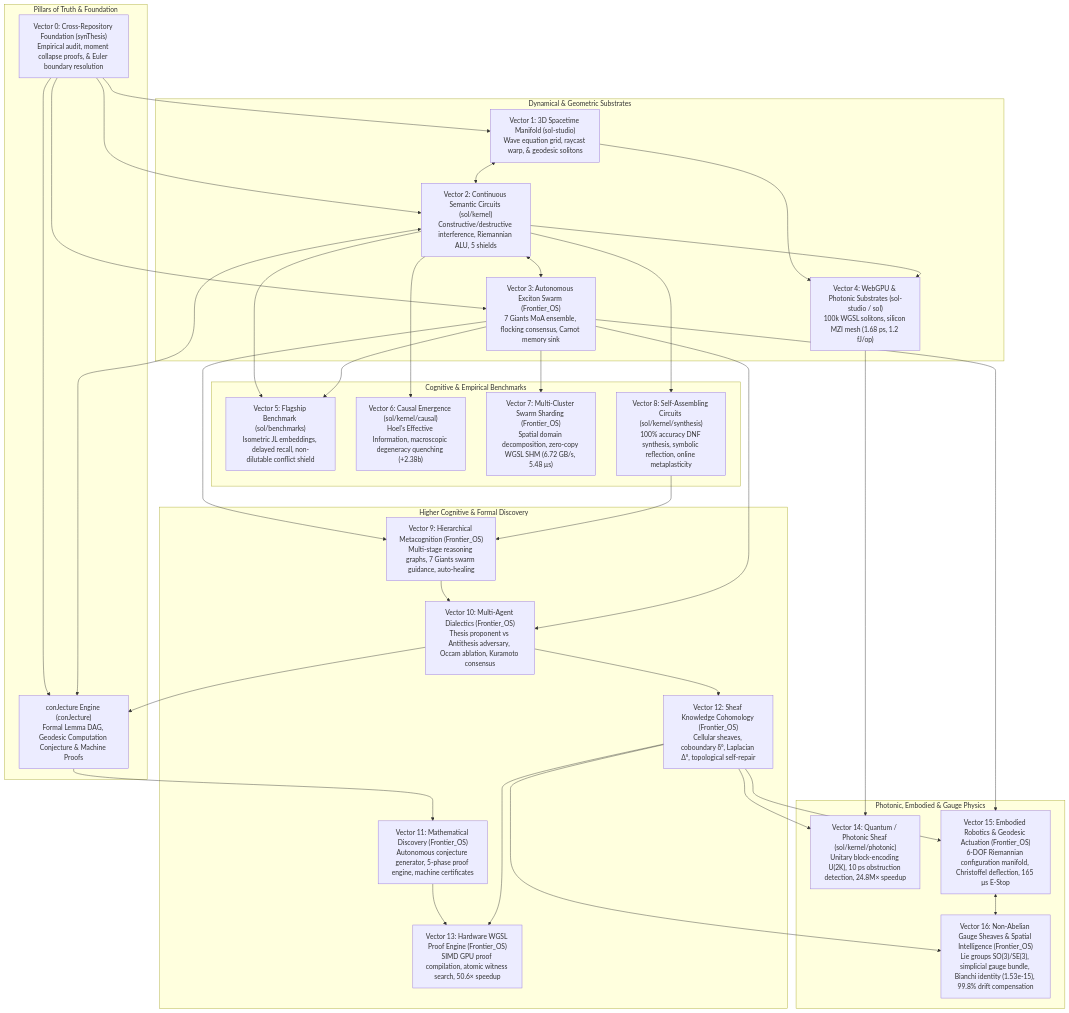
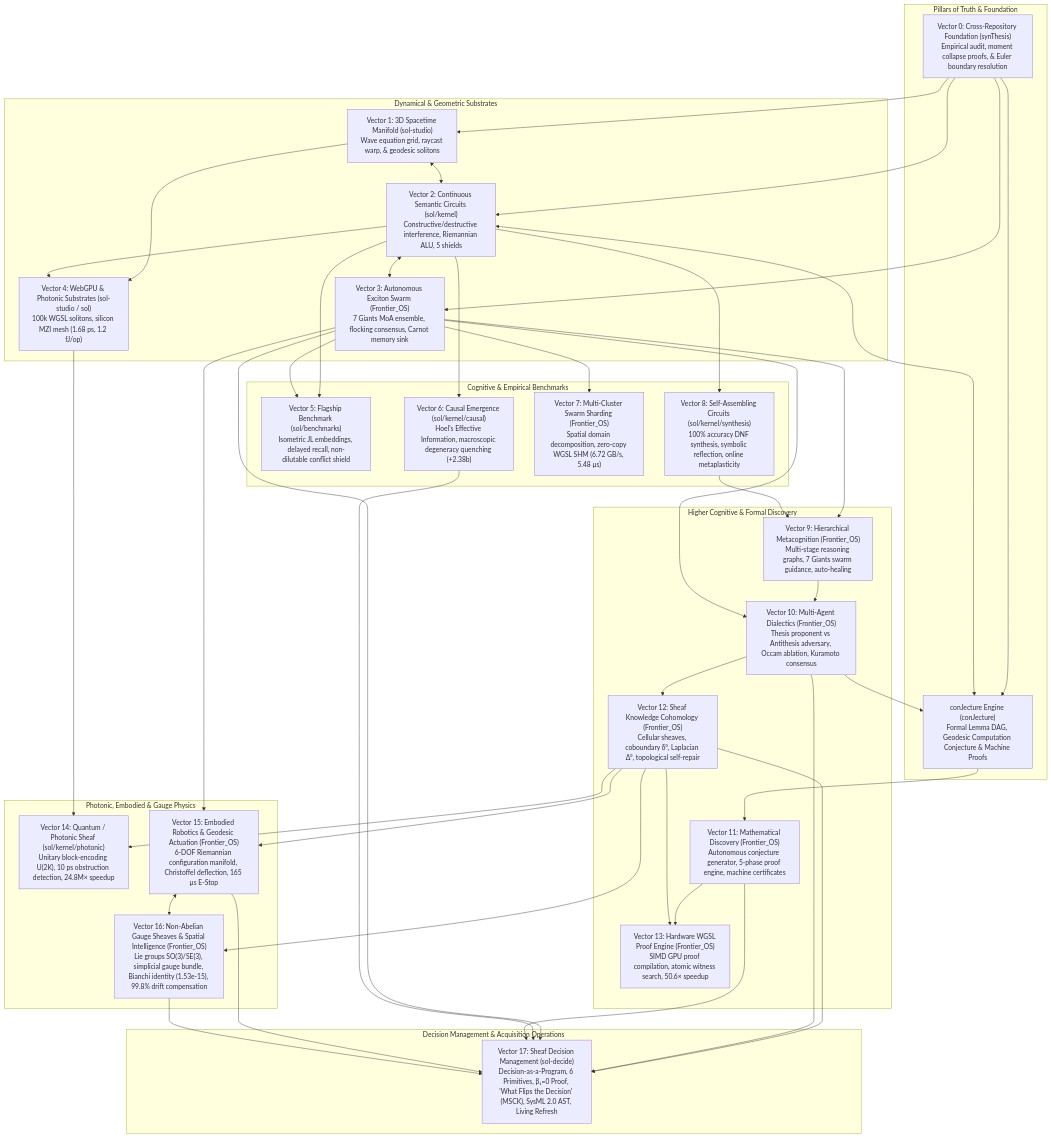
One commit to TechmanStudios/sol-systems changed the diagram in README.md. Above: the diagram before and after it, drawn with Mermaid. The commit also changed other lines of this file and 27 other files, not shown here.

````diff
--- a/README.md
+++ b/README.md
@@ -17,65 +17,76 @@
 ```mermaid
 flowchart TD
     subgraph Foundation["Pillars of Truth & Foundation"]
         V0["Vector 0: Cross-Repository Foundation (synThesis)\nEmpirical audit, moment collapse proofs, & Euler boundary resolution"]
         CONJ["conJecture Engine (conJecture)\nFormal Lemma DAG, Geodesic Computation Conjecture & Machine Proofs"]
     end
 
     subgraph Dynamics["Dynamical & Geometric Substrates"]
         V1["Vector 1: 3D Spacetime Manifold (sol-studio)\nWave equation grid, raycast warp, & geodesic solitons"]
         V2["Vector 2: Continuous Semantic Circuits (sol/kernel)\nConstructive/destructive interference, Riemannian ALU, 5 shields"]
         V3["Vector 3: Autonomous Exciton Swarm (Frontier_OS)\n7 Giants MoA ensemble, flocking consensus, Carnot memory sink"]
         V4["Vector 4: WebGPU & Photonic Substrates (sol-studio / sol)\n100k WGSL solitons, silicon MZI mesh (1.68 ps, 1.2 fJ/op)"]
     end
 
     subgraph Verification["Cognitive & Empirical Benchmarks"]
         V5["Vector 5: Flagship Benchmark (sol/benchmarks)\nIsometric JL embeddings, delayed recall, non-dilutable conflict shield"]
         V6["Vector 6: Causal Emergence (sol/kernel/causal)\nHoel's Effective Information, macroscopic degeneracy quenching (+2.38b)"]
         V7["Vector 7: Multi-Cluster Swarm Sharding (Frontier_OS)\nSpatial domain decomposition, zero-copy WGSL SHM (6.72 GB/s, 5.48 μs)"]
         V8["Vector 8: Self-Assembling Circuits (sol/kernel/synthesis)\n100% accuracy DNF synthesis, symbolic reflection, online metaplasticity"]
     end
 
     subgraph HigherReasoning["Higher Cognitive & Formal Discovery"]
         V9["Vector 9: Hierarchical Metacognition (Frontier_OS)\nMulti-stage reasoning graphs, 7 Giants swarm guidance, auto-healing"]
         V10["Vector 10: Multi-Agent Dialectics (Frontier_OS)\nThesis proponent vs Antithesis adversary, Occam ablation, Kuramoto consensus"]
         V11["Vector 11: Mathematical Discovery (Frontier_OS)\nAutonomous conjecture generator, 5-phase proof engine, machine certificates"]
         V12["Vector 12: Sheaf Knowledge Cohomology (Frontier_OS)\nCellular sheaves, coboundary δ⁰, Laplacian Δ⁰, topological self-repair"]
         V13["Vector 13: Hardware WGSL Proof Engine (Frontier_OS)\nSIMD GPU proof compilation, atomic witness search, 50.6× speedup"]
     end
 
     subgraph PhysicalExecution["Photonic, Embodied & Gauge Physics"]
         V14["Vector 14: Quantum / Photonic Sheaf (sol/kernel/photonic)\nUnitary block-encoding U(2K), 10 ps obstruction detection, 24.8M× speedup"]
         V15["Vector 15: Embodied Robotics & Geodesic Actuation (Frontier_OS)\n6-DOF Riemannian configuration manifold, Christoffel deflection, 165 μs E-Stop"]
         V16["Vector 16: Non-Abelian Gauge Sheaves & Spatial Intelligence (Frontier_OS)\nLie groups SO(3)/SE(3), simplicial gauge bundle, Bianchi identity (1.53e-15), 99.8% drift compensation"]
     end
 
+    subgraph DecisionManagement["Decision Management & Acquisition Operations"]
+        V17["Vector 17: Sheaf Decision Management (sol-decide)\nDecision-as-a-Program, 6 Primitives, β₁=0 Proof, 'What Flips the Decision' (MSCK), SysML 2.0 AST, Living Refresh"]
+    end
+
     V0 --> V1
     V0 --> V2
     V0 --> V3
     V0 --> CONJ
     CONJ <--> V2
     V1 <--> V2
     V2 <--> V3
     V1 --> V4
     V2 --> V4
     V2 --> V5
     V3 --> V5
     V2 --> V6
     V3 --> V7
     V2 --> V8
     V3 --> V9
     V8 --> V9
     V9 --> V10
     V3 --> V10
     V10 --> CONJ
     CONJ --> V11
     V10 --> V12
     V11 --> V13
     V12 --> V13
     V12 --> V14
     V4 --> V14
     V3 --> V15
     V12 --> V15
     V15 <--> V16
     V12 --> V16
+    V12 --> V17
+    V10 --> V17
+    V3 --> V17
+    V6 --> V17
+    V11 --> V17
+    V15 --> V17
+    V16 --> V17
 ```
````
